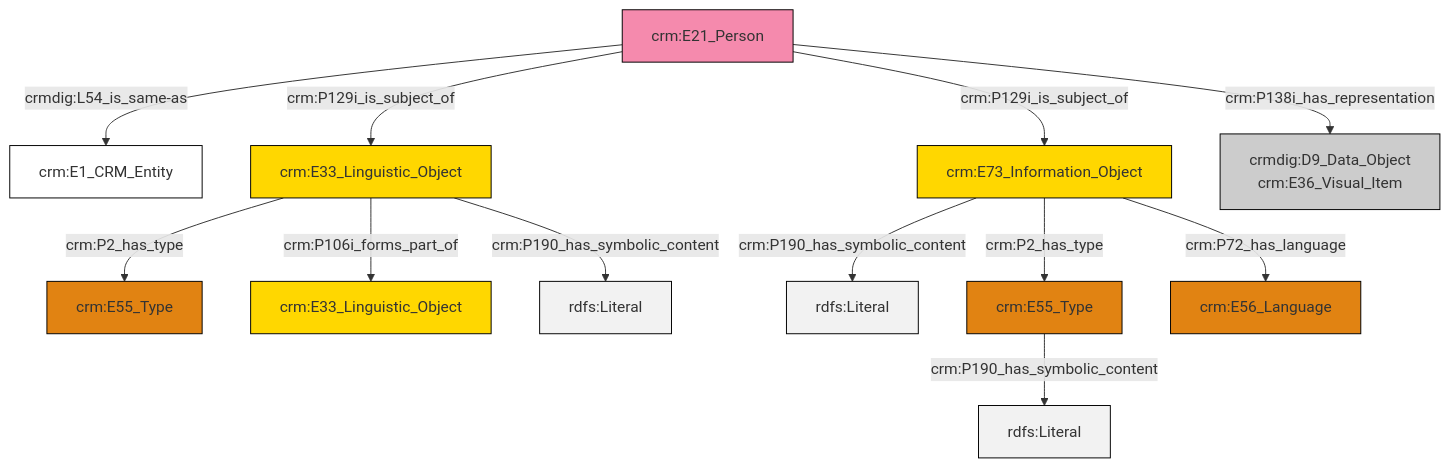
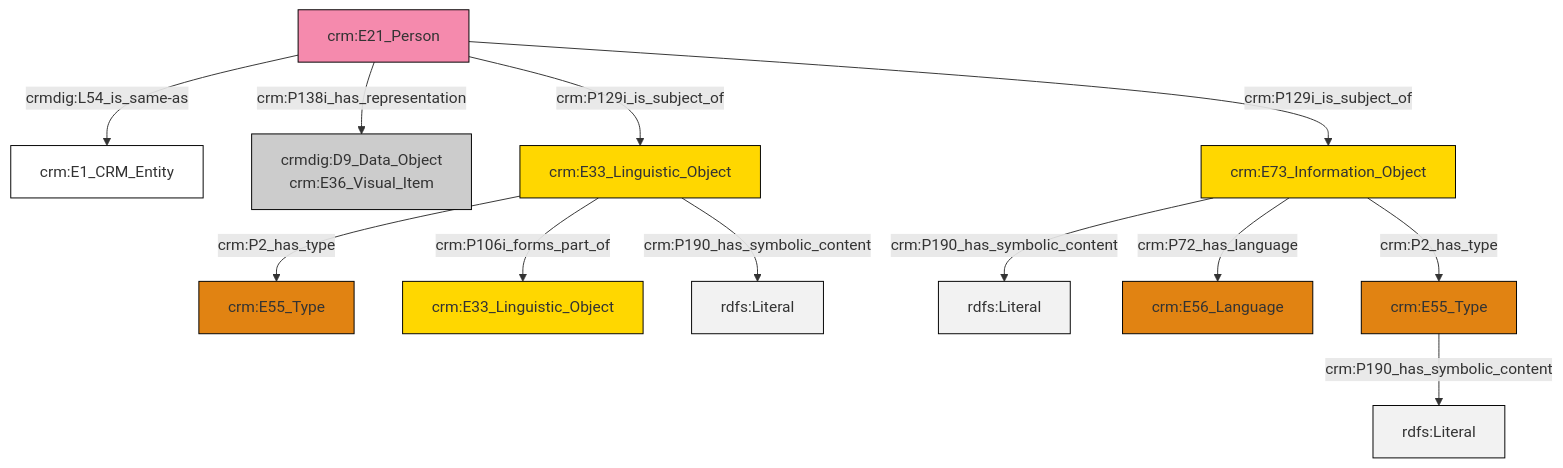
The diagram in et/personCSV/ttl/mmd/Person_Documentation.ttl.mmd (swiss-art-research-net/reference-data-models), drawn with Mermaid before and after one commit. The commit also changed 129 other files, not shown here.

```diff
--- a/et/personCSV/ttl/mmd/Person_Documentation.ttl.mmd
+++ b/et/personCSV/ttl/mmd/Person_Documentation.ttl.mmd
@@ -1,26 +1,26 @@
 graph TD
 classDef Literal fill:#f2f2f2,stroke:#000000;
 classDef CRM_Entity fill:#FFFFFF,stroke:#000000;
 classDef Temporal_Entity fill:#00C9E6, stroke:#000000;
 classDef Type fill:#E18312, stroke:#000000;
 classDef Time-Span fill:#2C9C91, stroke:#000000;
 classDef Appellation fill:#FFEB7F, stroke:#000000;
 classDef Place fill:#008836, stroke:#000000;
 classDef Persistent_Item fill:#B266B2, stroke:#000000;
 classDef Conceptual_Object fill:#FFD700, stroke:#000000;
 classDef Physical_Thing fill:#D2B48C, stroke:#000000;
 classDef Actor fill:#f58aad, stroke:#000000;
 classDef PC_Classes fill:#4ce600, stroke:#000000;
 classDef Multi fill:#cccccc,stroke:#000000;
 
-0["crm:E73_Information_Object"]:::Conceptual_Object -->|crm:P190_has_symbolic_content| 1[rdfs:Literal]:::Literal
-2["crm:E33_Linguistic_Object"]:::Conceptual_Object -->|crm:P2_has_type| 3["crm:E55_Type"]:::Type
-4["crm:E21_Person"]:::Actor -->|crmdig:L54_is_same-as| 5["crm:E1_CRM_Entity"]:::CRM_Entity
-0["crm:E73_Information_Object"]:::Conceptual_Object -->|crm:P2_has_type| 6["crm:E55_Type"]:::Type
-6["crm:E55_Type"]:::Type -->|crm:P190_has_symbolic_content| 7[rdfs:Literal]:::Literal
-0["crm:E73_Information_Object"]:::Conceptual_Object -->|crm:P72_has_language| 8["crm:E56_Language"]:::Type
-4["crm:E21_Person"]:::Actor -->|crm:P129i_is_subject_of| 2["crm:E33_Linguistic_Object"]:::Conceptual_Object
-4["crm:E21_Person"]:::Actor -->|crm:P129i_is_subject_of| 0["crm:E73_Information_Object"]:::Conceptual_Object
-2["crm:E33_Linguistic_Object"]:::Conceptual_Object -->|crm:P106i_forms_part_of| 14["crm:E33_Linguistic_Object"]:::Conceptual_Object
-2["crm:E33_Linguistic_Object"]:::Conceptual_Object -->|crm:P190_has_symbolic_content| 15[rdfs:Literal]:::Literal
-4["crm:E21_Person"]:::Actor -->|crm:P138i_has_representation| 12["crmdig:D9_Data_Object<br>crm:E36_Visual_Item"]:::Multi
+2["crm:E21_Person"]:::Actor -->|crmdig:L54_is_same-as| 0["crm:E1_CRM_Entity"]:::CRM_Entity
+4["crm:E33_Linguistic_Object"]:::Conceptual_Object -->|crm:P2_has_type| 5["crm:E55_Type"]:::Type
+6["crm:E73_Information_Object"]:::Conceptual_Object -->|crm:P190_has_symbolic_content| 7[rdfs:Literal]:::Literal
+4["crm:E33_Linguistic_Object"]:::Conceptual_Object -->|crm:P106i_forms_part_of| 9["crm:E33_Linguistic_Object"]:::Conceptual_Object
+6["crm:E73_Information_Object"]:::Conceptual_Object -->|crm:P72_has_language| 10["crm:E56_Language"]:::Type
+4["crm:E33_Linguistic_Object"]:::Conceptual_Object -->|crm:P190_has_symbolic_content| 12[rdfs:Literal]:::Literal
+13["crm:E55_Type"]:::Type -->|crm:P190_has_symbolic_content| 20[rdfs:Literal]:::Literal
+2["crm:E21_Person"]:::Actor -->|crm:P138i_has_representation| 15["crmdig:D9_Data_Object<br>crm:E36_Visual_Item"]:::Multi
+6["crm:E73_Information_Object"]:::Conceptual_Object -->|crm:P2_has_type| 13["crm:E55_Type"]:::Type
+2["crm:E21_Person"]:::Actor -->|crm:P129i_is_subject_of| 4["crm:E33_Linguistic_Object"]:::Conceptual_Object
+2["crm:E21_Person"]:::Actor -->|crm:P129i_is_subject_of| 6["crm:E73_Information_Object"]:::Conceptual_Object
```
